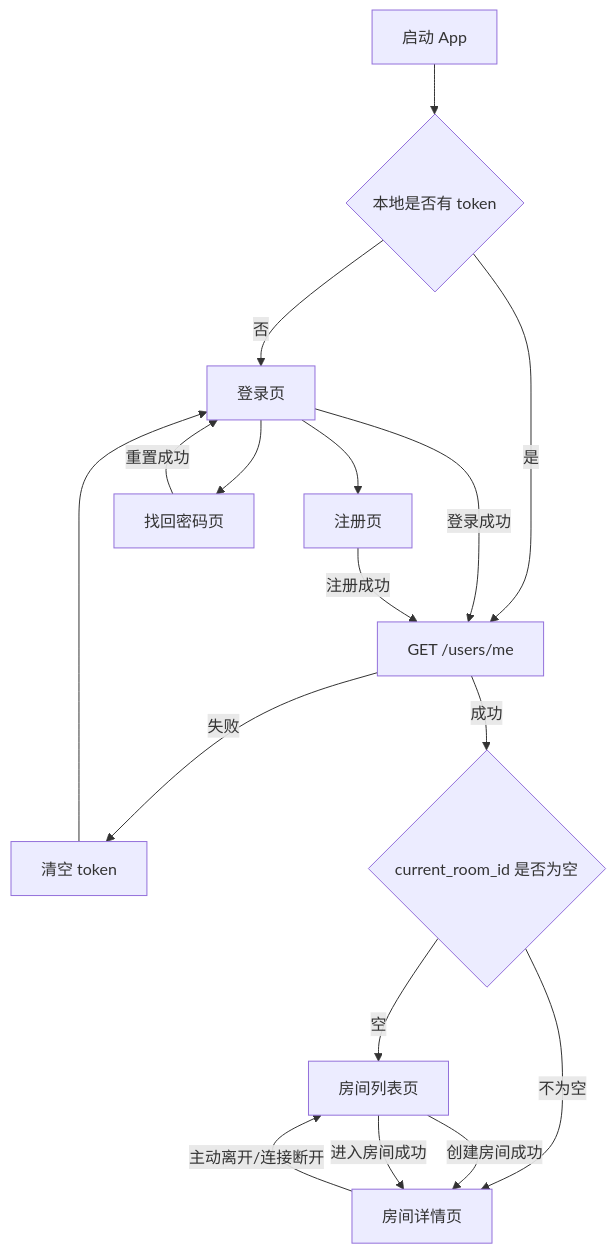
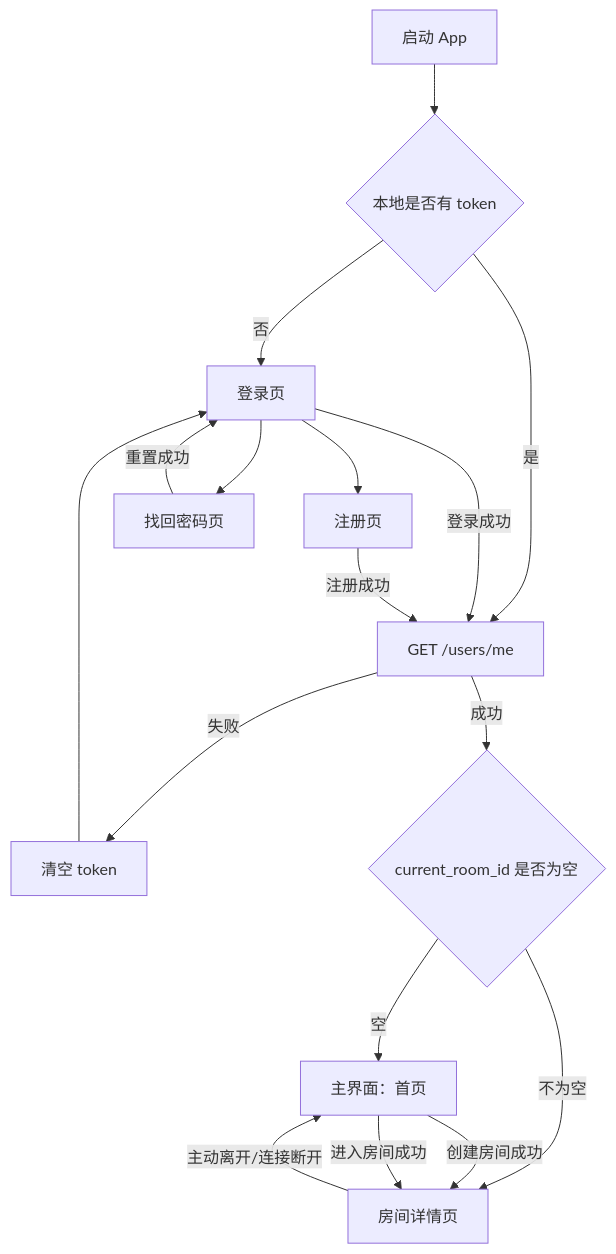
One commit to DancingCodes/room-app changed the first of 10 diagrams in docs/客户端逻辑设计.md. Above: the diagram before and after it, drawn with Mermaid. The commit also changed other lines of this file and 3 other files, not shown here.

````diff
--- a/docs/客户端逻辑设计.md
+++ b/docs/客户端逻辑设计.md
@@ -7,21 +7,21 @@
 ```mermaid
 flowchart TD
     A[启动 App] --> B{本地是否有 token}
     B -- 否 --> C[登录页]
     B -- 是 --> D[GET /users/me]
     D -- 失败 --> E[清空 token]
     E --> C
     D -- 成功 --> F{current_room_id 是否为空}
-    F -- 空 --> G[房间列表页]
+    F -- 空 --> G[主界面：首页]
     F -- 不为空 --> H[房间详情页]
 
     C --> I[注册页]
     C --> J[找回密码页]
     C -- 登录成功 --> D
     I -- 注册成功 --> D
     J -- 重置成功 --> C
 
     G -- 创建房间成功 --> H
     G -- 进入房间成功 --> H
     H -- 主动离开/连接断开 --> G
 ```
````
